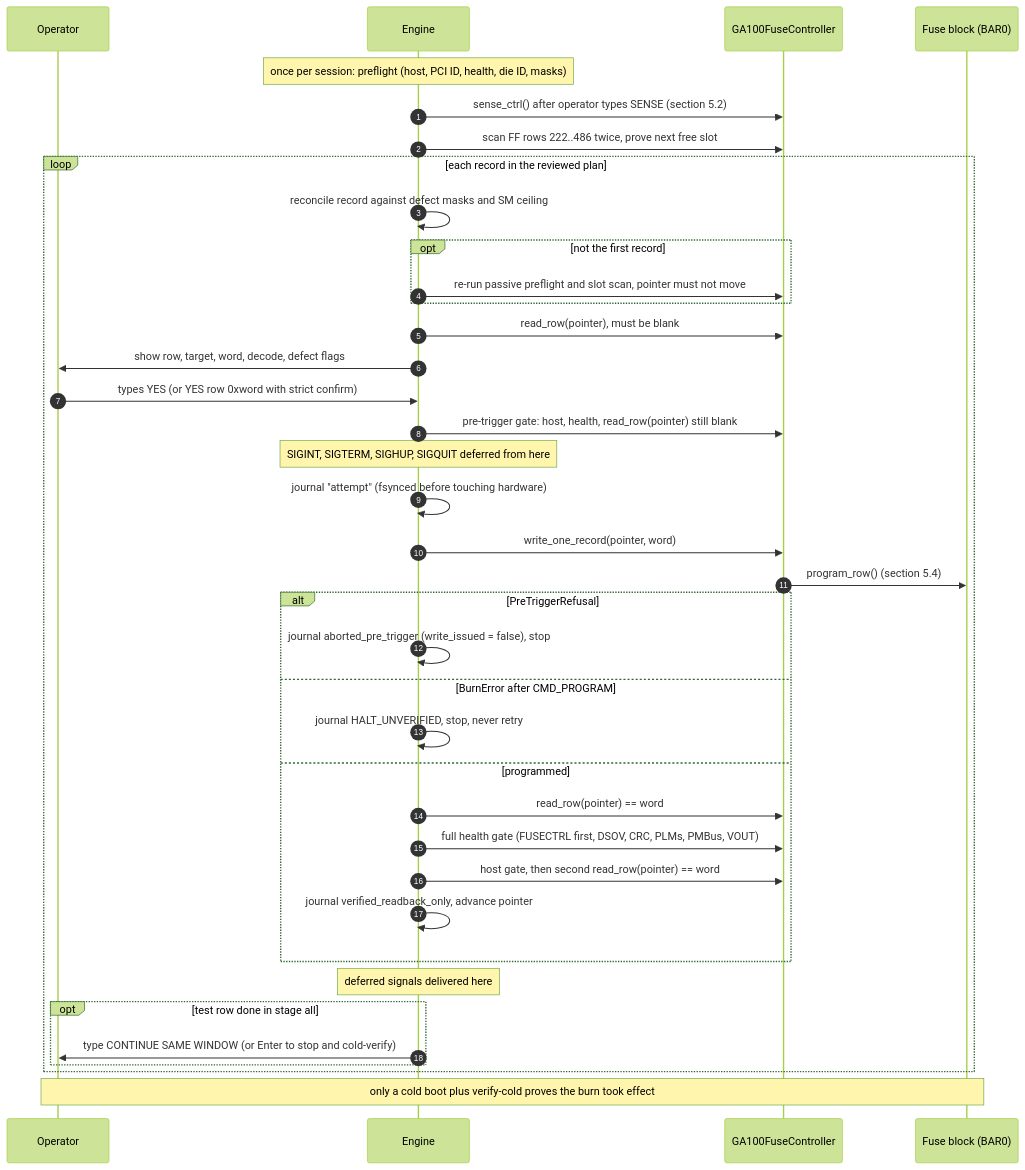
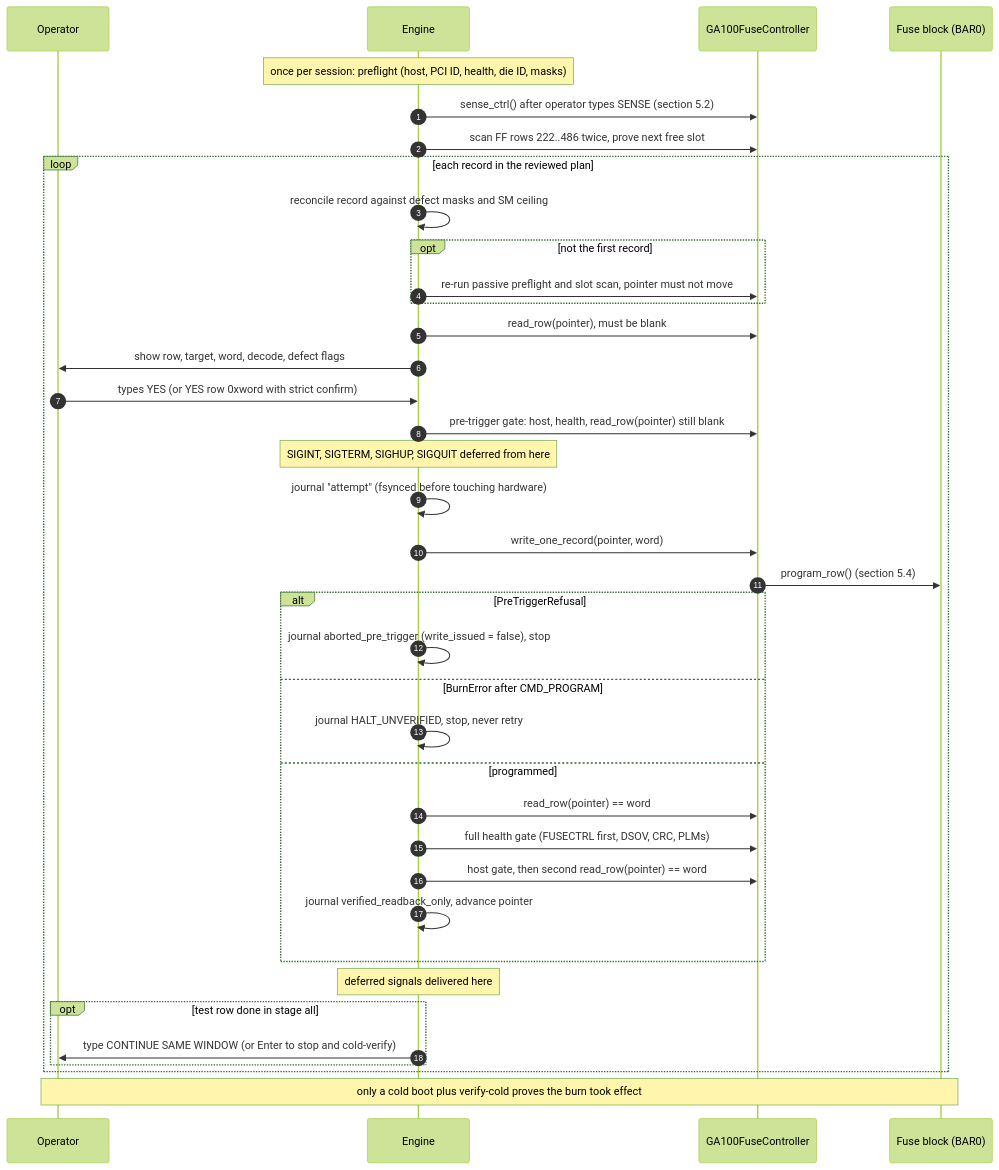
The seventh of 8 diagrams in docs/FUSE_CONTROLLER.md (scrameta/cmp170hx-burn-tool), drawn with Mermaid (forest theme) before and after one commit. The commit also changed other lines of this file and 19 other files, not shown here.

Commit message:
Remove VOUT, PMBus, VRM, and Pico cruft

````diff
--- a/docs/FUSE_CONTROLLER.md
+++ b/docs/FUSE_CONTROLLER.md
@@ -377,41 +377,41 @@
 ```mermaid
 sequenceDiagram
     autonumber
     participant Op as Operator
     participant Eng as Engine
     participant Ctl as GA100FuseController
     participant FUSE as Fuse block (BAR0)
 
     Note over Eng: once per session: preflight (host, PCI ID, health, die ID, masks)
     Eng->>Ctl: sense_ctrl() after operator types SENSE (section 5.2)
     Eng->>Ctl: scan FF rows 222..486 twice, prove next free slot
     loop each record in the reviewed plan
         Eng->>Eng: reconcile record against defect masks and SM ceiling
         opt not the first record
             Eng->>Ctl: re-run passive preflight and slot scan, pointer must not move
         end
         Eng->>Ctl: read_row(pointer), must be blank
         Eng->>Op: show row, target, word, decode, defect flags
         Op->>Eng: types YES (or YES row 0xword with strict confirm)
         Eng->>Ctl: pre-trigger gate: host, health, read_row(pointer) still blank
         Note over Eng: SIGINT, SIGTERM, SIGHUP, SIGQUIT deferred from here
         Eng->>Eng: journal "attempt" (fsynced before touching hardware)
         Eng->>Ctl: write_one_record(pointer, word)
         Ctl->>FUSE: program_row() (section 5.4)
         alt PreTriggerRefusal
             Eng->>Eng: journal aborted_pre_trigger (write_issued = false), stop
         else BurnError after CMD_PROGRAM
             Eng->>Eng: journal HALT_UNVERIFIED, stop, never retry
         else programmed
             Eng->>Ctl: read_row(pointer) == word
-            Eng->>Ctl: full health gate (FUSECTRL first, DSOV, CRC, PLMs, PMBus, VOUT)
+            Eng->>Ctl: full health gate (FUSECTRL first, DSOV, CRC, PLMs)
             Eng->>Ctl: host gate, then second read_row(pointer) == word
             Eng->>Eng: journal verified_readback_only, advance pointer
         end
         Note over Eng: deferred signals delivered here
         opt test row done in stage all
             Eng->>Op: type CONTINUE SAME WINDOW (or Enter to stop and cold-verify)
         end
     end
     Note over Op,FUSE: only a cold boot plus verify-cold proves the burn took effect
 ```
````
